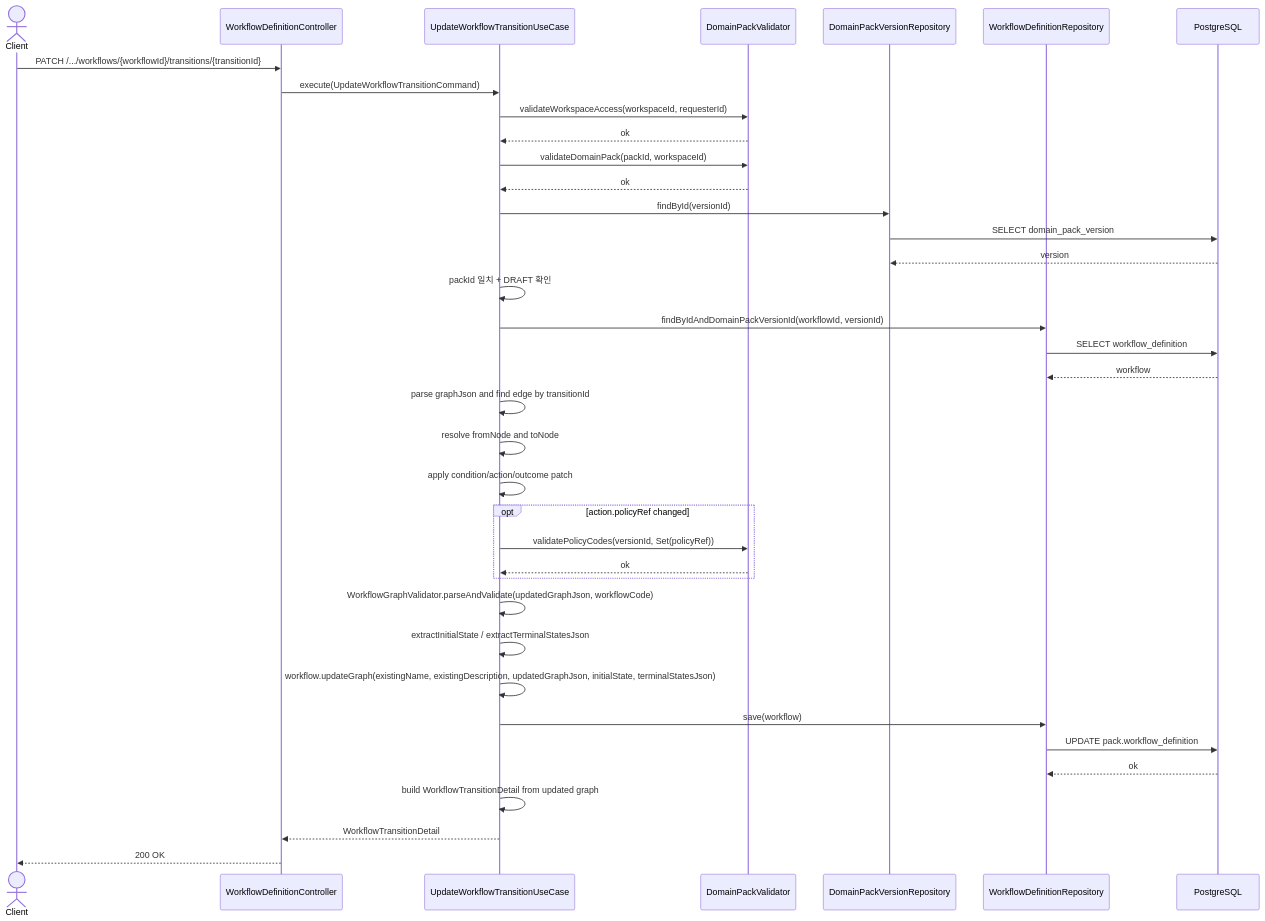
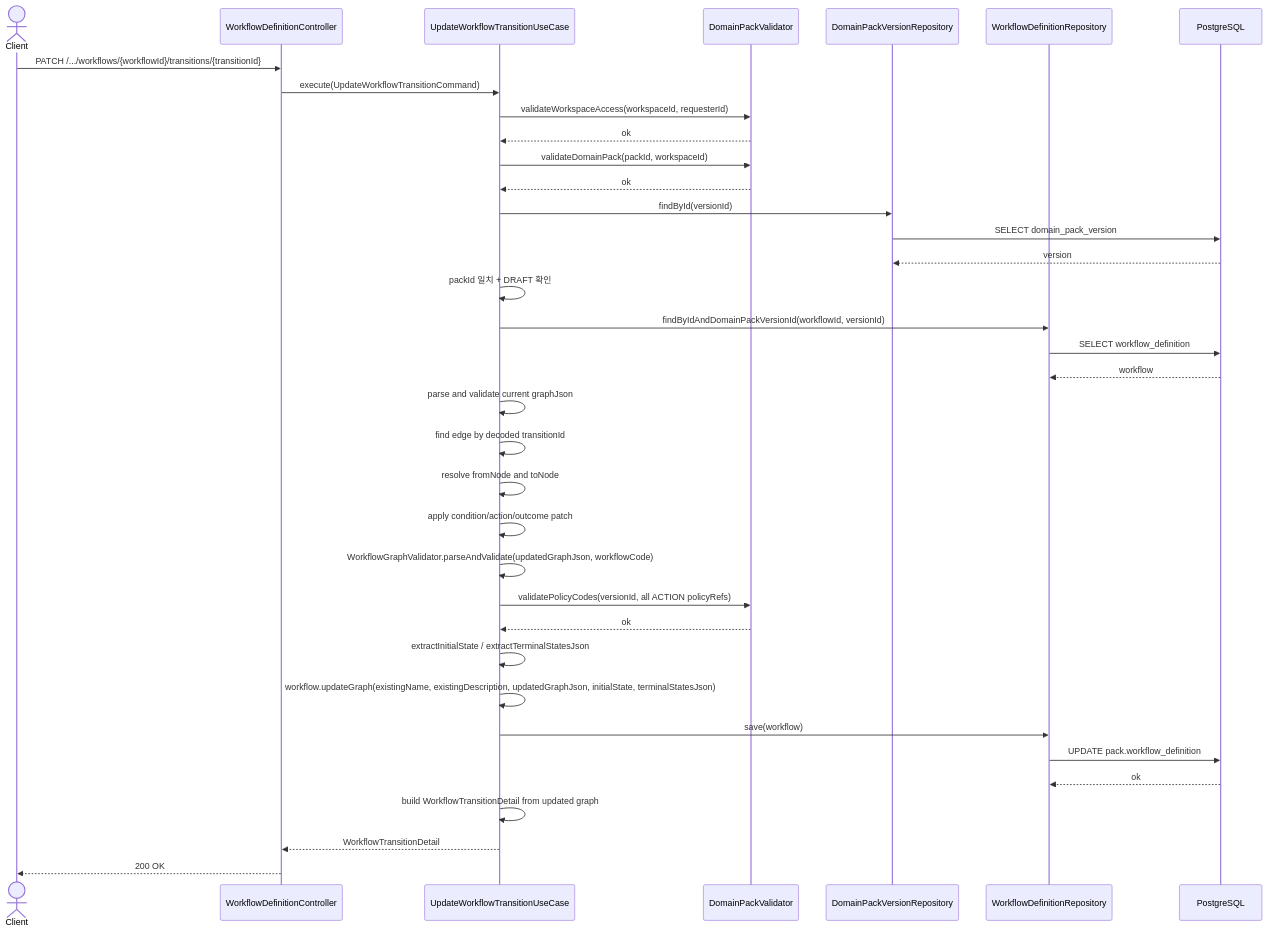
One commit to ajou-2026-1-capstone-5/ostone changed the diagram in .agent/specs/3210.md. Above: the diagram before and after it, drawn with Mermaid. The commit also changed other lines of this file, not shown here.

Commit message:
docs(domain-pack): refine transition patch API spec

````diff
--- a/.agent/specs/3210.md
+++ b/.agent/specs/3210.md
@@ -266,40 +272,39 @@
 ```mermaid
 sequenceDiagram
     actor c as Client
     participant ctrl as WorkflowDefinitionController
     participant uc as UpdateWorkflowTransitionUseCase
     participant val as DomainPackValidator
     participant vr as DomainPackVersionRepository
     participant wr as WorkflowDefinitionRepository
     participant db as PostgreSQL
 
     c ->> ctrl: PATCH /.../workflows/{workflowId}/transitions/{transitionId}
     ctrl ->> uc: execute(UpdateWorkflowTransitionCommand)
     uc ->> val: validateWorkspaceAccess(workspaceId, requesterId)
     val -->> uc: ok
     uc ->> val: validateDomainPack(packId, workspaceId)
     val -->> uc: ok
     uc ->> vr: findById(versionId)
     vr ->> db: SELECT domain_pack_version
     db -->> vr: version
     uc ->> uc: packId 일치 + DRAFT 확인
     uc ->> wr: findByIdAndDomainPackVersionId(workflowId, versionId)
     wr ->> db: SELECT workflow_definition
     db -->> wr: workflow
-    uc ->> uc: parse graphJson and find edge by transitionId
+    uc ->> uc: parse and validate current graphJson
+    uc ->> uc: find edge by decoded transitionId
     uc ->> uc: resolve fromNode and toNode
     uc ->> uc: apply condition/action/outcome patch
-    opt action.policyRef changed
-        uc ->> val: validatePolicyCodes(versionId, Set(policyRef))
-        val -->> uc: ok
-    end
     uc ->> uc: WorkflowGraphValidator.parseAndValidate(updatedGraphJson, workflowCode)
+    uc ->> val: validatePolicyCodes(versionId, all ACTION policyRefs)
+    val -->> uc: ok
     uc ->> uc: extractInitialState / extractTerminalStatesJson
     uc ->> uc: workflow.updateGraph(existingName, existingDescription, updatedGraphJson, initialState, terminalStatesJson)
     uc ->> wr: save(workflow)
     wr ->> db: UPDATE pack.workflow_definition
     db -->> wr: ok
     uc ->> uc: build WorkflowTransitionDetail from updated graph
     uc -->> ctrl: WorkflowTransitionDetail
     ctrl -->> c: 200 OK
 ```
````
